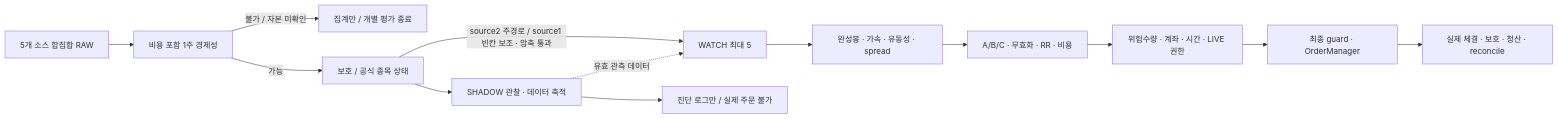
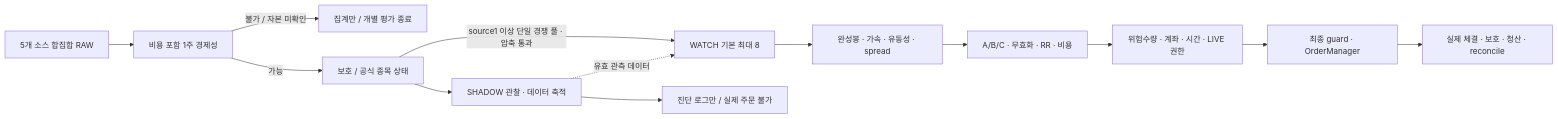
One commit to neomusbist/stock-trading-bot changed the diagram in README.md. Above: the diagram before and after it, drawn with Mermaid. The commit also changed other lines of this file and 17 other files, not shown here.

````diff
--- a/README.md
+++ b/README.md
@@ -35,15 +35,15 @@
 ```mermaid
 flowchart LR
   R[5개 소스 합집합 RAW] --> E[비용 포함 1주 경제성]
   E -->|불가 / 자본 미확인| X[집계만 / 개별 평가 종료]
   E -->|가능| N[보호 / 공식 종목 상태]
   N --> S[SHADOW 관찰 · 데이터 축적]
-  N -->|source2 주경로 / source1 빈칸 보조 · 압축 통과| W[WATCH 최대 5]
+  N -->|source1 이상 단일 경쟁 풀 · 압축 통과| W[WATCH 기본 최대 8]
   S -. 유효 관측 데이터 .-> W
   W --> A[완성봉 · 가속 · 유동성 · spread]
   A --> P[A/B/C · 무효화 · RR · 비용]
   P --> Q[위험수량 · 계좌 · 시간 · LIVE 권한]
   Q --> O[최종 guard · OrderManager]
   O --> F[실제 체결 · 보호 · 청산 · reconcile]
   S --> D[진단 로그만 / 실제 주문 불가]
 ```
````
